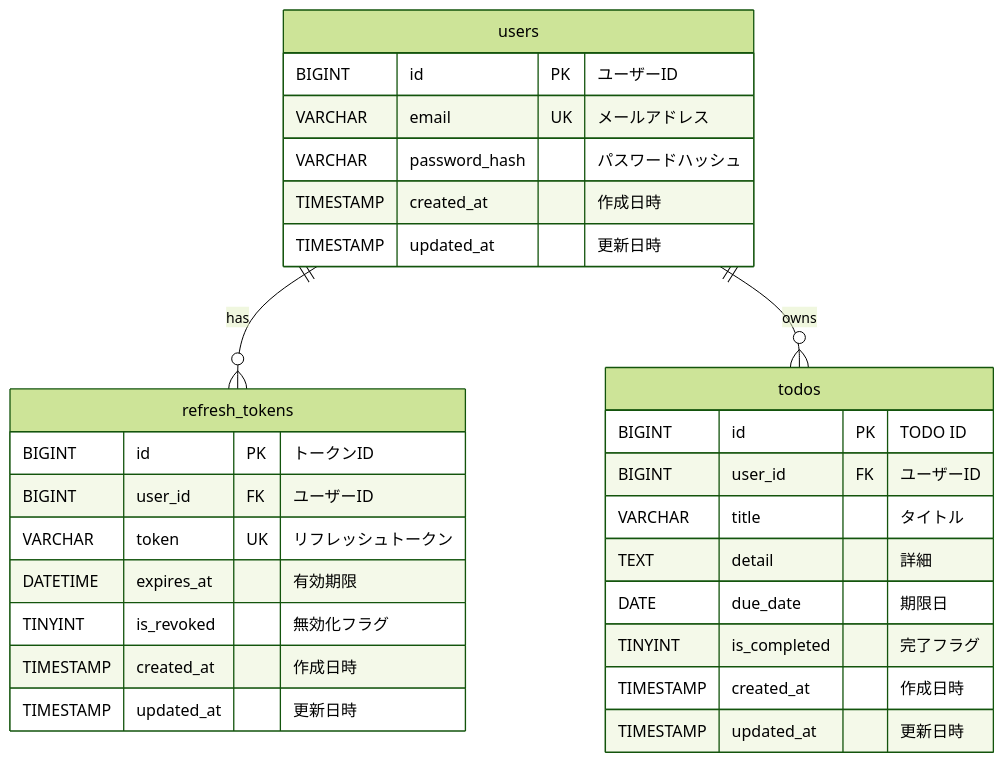
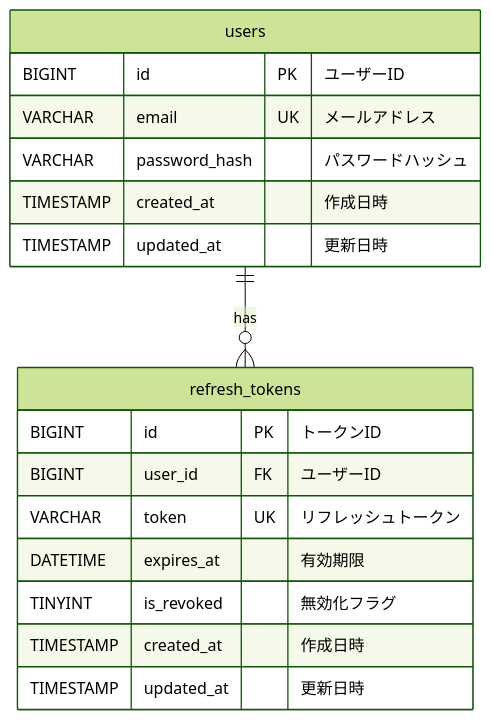
The diagram in docs/04_database-design.md (TomokiIshimine/fullstack-app-with-claude), drawn with Mermaid (forest theme) before and after one commit. The commit also changed other lines of this file and 17 other files, not shown here.

````diff
--- a/docs/04_database-design.md
+++ b/docs/04_database-design.md
@@ -39,34 +38,22 @@
 ```mermaid
 erDiagram
     users ||--o{ refresh_tokens : "has"
-    users ||--o{ todos : "owns"
 
     users {
         BIGINT id PK "ユーザーID"
         VARCHAR email UK "メールアドレス"
         VARCHAR password_hash "パスワードハッシュ"
         TIMESTAMP created_at "作成日時"
         TIMESTAMP updated_at "更新日時"
     }
 
     refresh_tokens {
         BIGINT id PK "トークンID"
         BIGINT user_id FK "ユーザーID"
         VARCHAR token UK "リフレッシュトークン"
         DATETIME expires_at "有効期限"
         TINYINT is_revoked "無効化フラグ"
         TIMESTAMP created_at "作成日時"
         TIMESTAMP updated_at "更新日時"
     }
-
-    todos {
-        BIGINT id PK "TODO ID"
-        BIGINT user_id FK "ユーザーID"
-        VARCHAR title "タイトル"
-        TEXT detail "詳細"
-        DATE due_date "期限日"
-        TINYINT is_completed "完了フラグ"
-        TIMESTAMP created_at "作成日時"
-        TIMESTAMP updated_at "更新日時"
-    }
 ```
````
